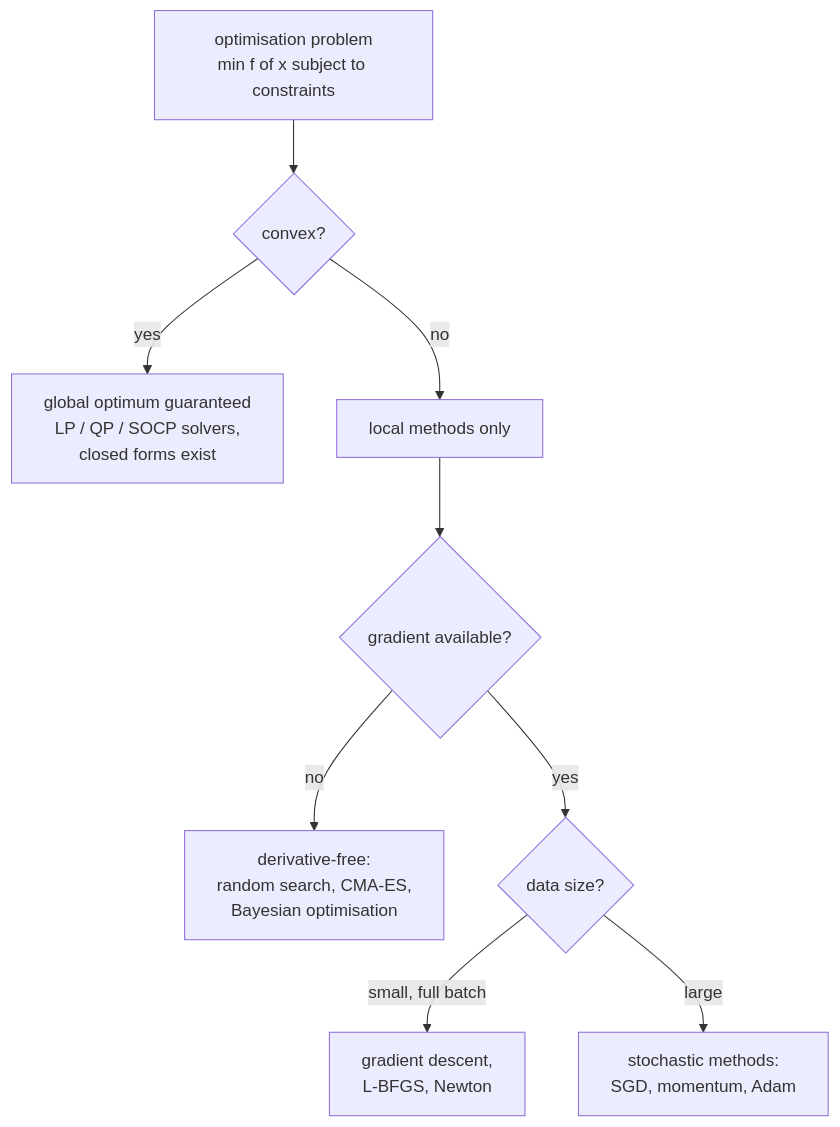
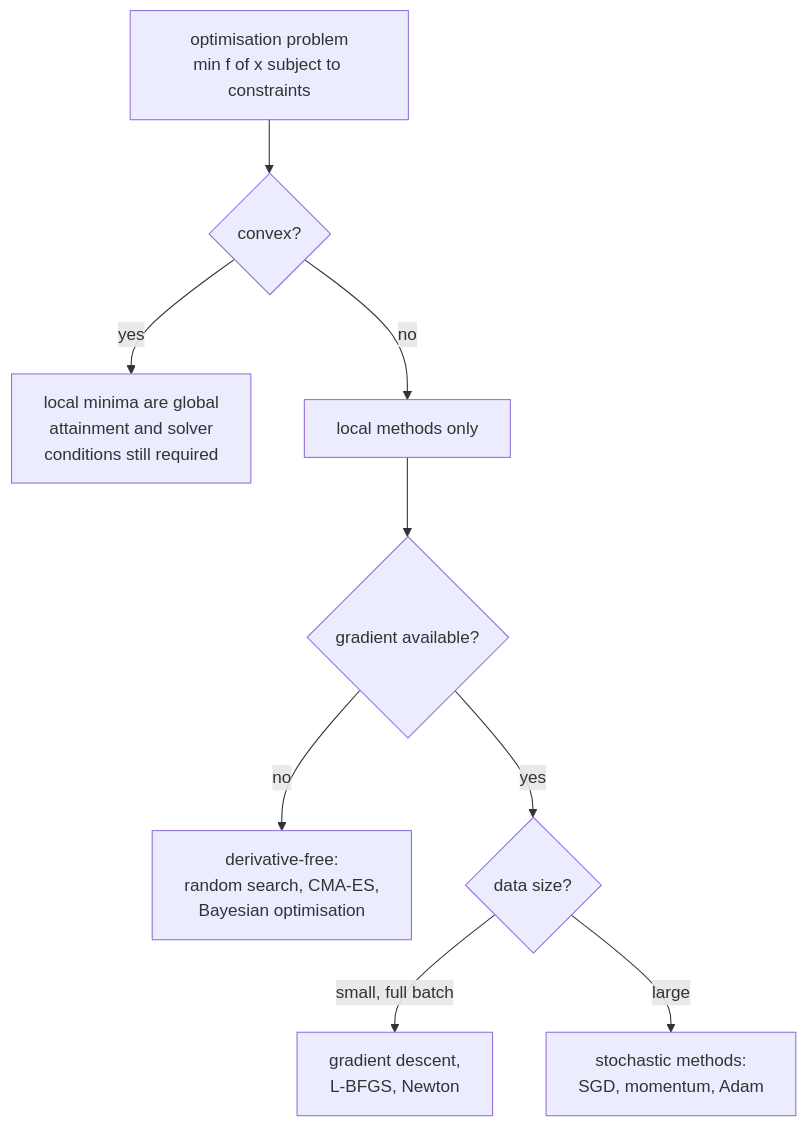
The first of 2 diagrams in content/notes/math/optimization.md (alliedbrother/ml-interview-notes), drawn with Mermaid before and after one commit. The commit also changed other lines of this file and 217 other files, not shown here.

````diff
--- a/content/notes/math/optimization.md
+++ b/content/notes/math/optimization.md
@@ -17,11 +17,11 @@
 ```mermaid
 flowchart TD
     P["optimisation problem<br/>min f of x subject to constraints"] --> Q{"convex?"}
-    Q -->|"yes"| CV["global optimum guaranteed<br/>LP / QP / SOCP solvers,<br/>closed forms exist"]
+    Q -->|"yes"| CV["local minima are global<br/>attainment and solver<br/>conditions still required"]
     Q -->|"no"| NC["local methods only"]
     NC --> D{"gradient available?"}
     D -->|"no"| ZO["derivative-free:<br/>random search, CMA-ES,<br/>Bayesian optimisation"]
     D -->|"yes"| FO{"data size?"}
     FO -->|"small, full batch"| BATCH["gradient descent,<br/>L-BFGS, Newton"]
     FO -->|"large"| SGD["stochastic methods:<br/>SGD, momentum, Adam"]
 ```
````
